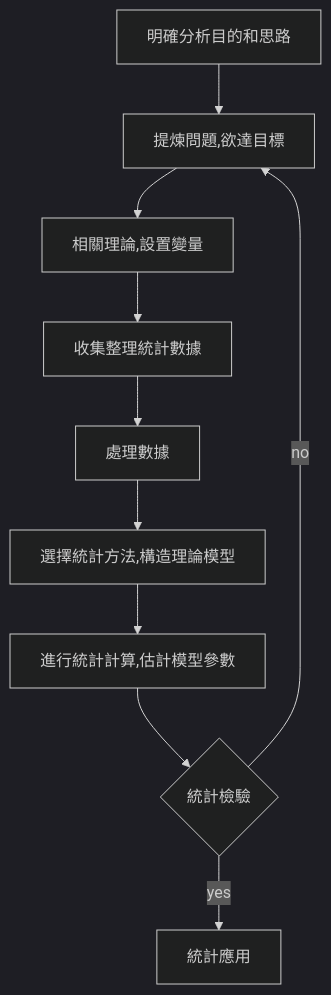
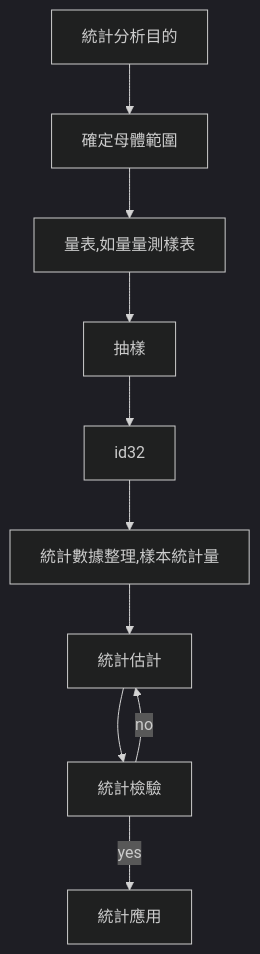
Before and after one commit to chchoiw/chchoiw.github.io: the first of 2 diagrams in _posts/2022-05-21-statistic_anova.md, drawn with Mermaid (dark theme).

````diff
--- a/_posts/2022-05-21-statistic_anova.md
+++ b/_posts/2022-05-21-statistic_anova.md
@@ -44,25 +44,25 @@
 ```mermaid
 graph TB
-id0[明確分析目的和思路]
-id1[提煉問題,欲達目標]
-id2[相關理論,設置變量]
-id3[收集整理統計數據]
-id32[處理數據]
-id4[選擇統計方法,構造理論模型]
-id5[進行統計計算,估計模型參數]
-id6{統計檢驗}
+id0[統計分析目的]
+id1[確定母體範圍]
+id2[量表,如量量測樣表]
+id3[抽樣]
+id4[統計數據整理,樣本統計量]
+id5[選擇統計方法，構造理論模型]
+id5[統計估計]
+id6[統計檢驗]
+id7[統計應用]
 
-id7[統計應用]
 
 id0-->id1
 id1-->id2
 id2-->id3
 
 id3-->id32
 id32-->id4
 id4-->id5
 id5-->id6
 id6-->|yes|id7
-id6-->|no|id1
+id6-->|no|id5
 
 ```
````
